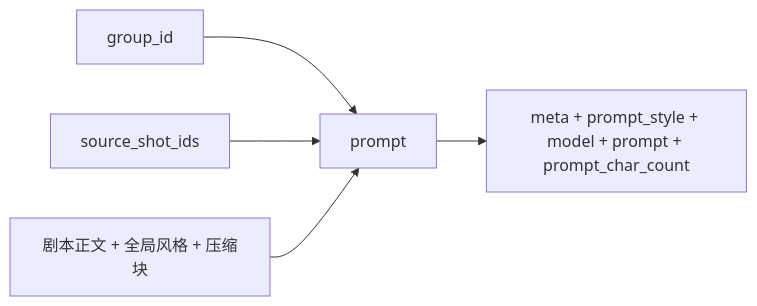
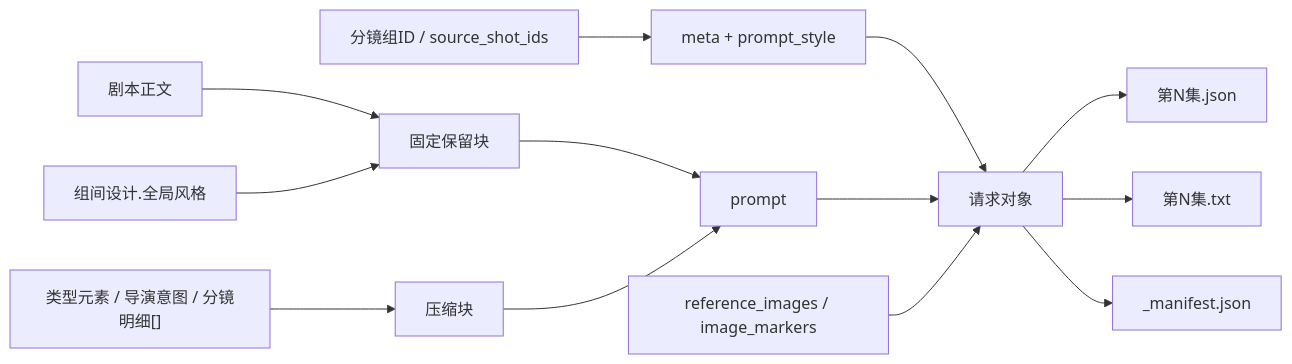
The second of 4 diagrams in .agents/skills/aigc/6-Video/1-提示词蒸馏/全能参照/SKILL.md (ZEN-VOID/AI-CUT), drawn with Mermaid before and after one commit. The commit also changed other lines of this file and 182 other files, not shown here.

````diff
--- a/.agents/skills/aigc/6-Video/1-提示词蒸馏/全能参照/SKILL.md
+++ b/.agents/skills/aigc/6-Video/1-提示词蒸馏/全能参照/SKILL.md
@@ -70,7 +159,15 @@
 ```mermaid
 flowchart LR
-    A["group_id"] --> D["prompt"]
-    B["source_shot_ids"] --> D
-    C["剧本正文 + 全局风格 + 压缩块"] --> D
-    D --> E["meta + prompt_style + model + prompt + prompt_char_count"]
+    A["剧本正文"] --> D["固定保留块"]
+    B["组间设计.全局风格"] --> D
+    C["类型元素 / 导演意图 / 分镜明细[]"] --> E["压缩块"]
+    D --> F["prompt"]
+    E --> F
+    G["分镜组ID / source_shot_ids"] --> H["meta + prompt_style"]
+    H --> I["请求对象"]
+    F --> I
+    J["reference_images / image_markers"] --> I
+    I --> K["第N集.json"]
+    I --> L["第N集.txt"]
+    I --> M["_manifest.json"]
 ```
````
